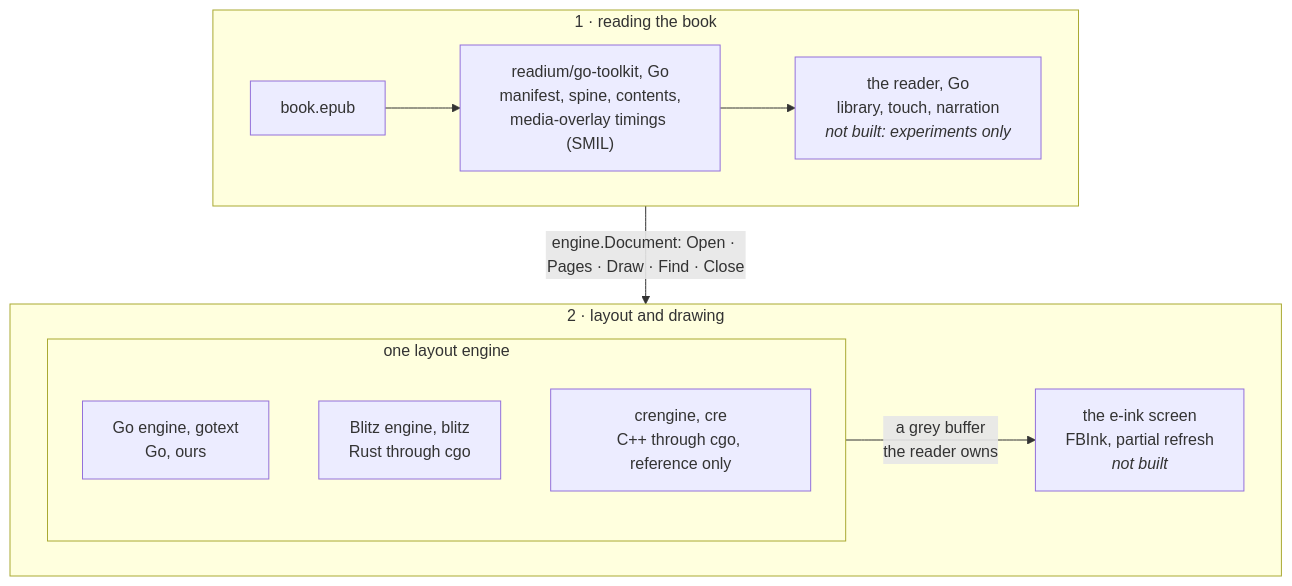
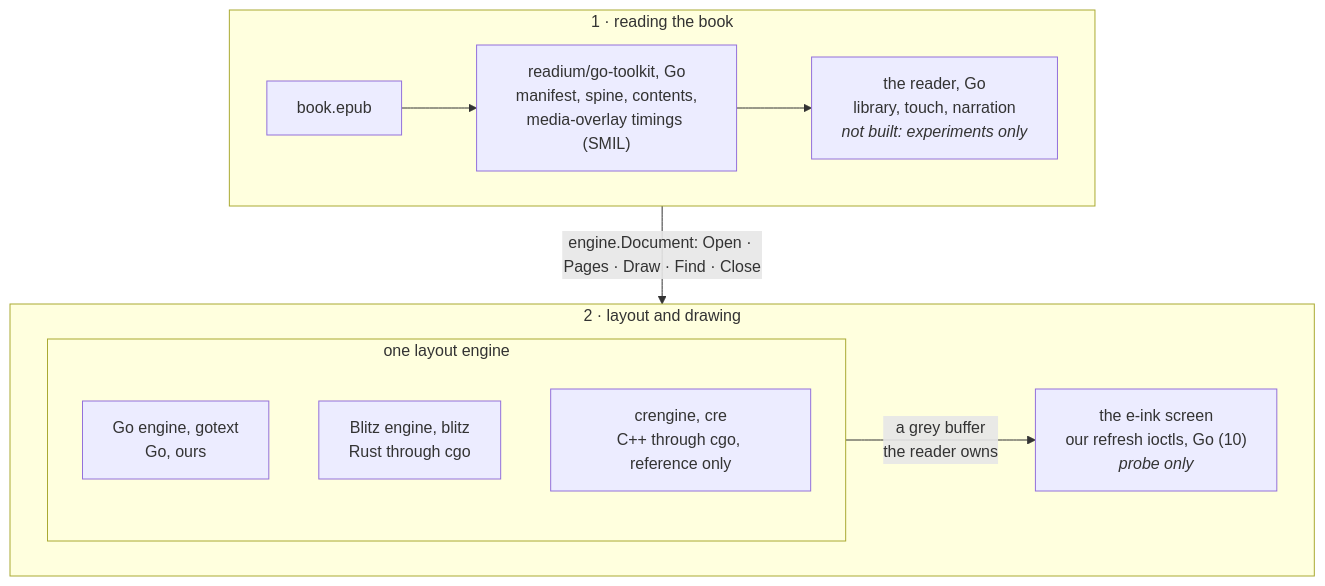
Before and after one commit to ardeshirj/shamsaink: the first of 8 diagrams in docs/design.md, drawn with Mermaid. The commit also changed other lines of this file and 2 other files, not shown here.

First line of the commit message:
Roadmap to a reader; the device side and dependencies in design.md

````diff
--- a/docs/design.md
+++ b/docs/design.md
@@ -10,19 +11,19 @@
 ```mermaid
 flowchart TB
   subgraph read ["1 · reading the book"]
     direction LR
     epub[book.epub] --> tk["readium/go-toolkit, Go<br/>manifest, spine, contents,<br/>media-overlay timings (SMIL)"]
     tk --> reader["the reader, Go<br/>library, touch, narration<br/><i>not built: experiments only</i>"]
   end
   subgraph lay ["2 · layout and drawing"]
     direction LR
     subgraph engines ["one layout engine"]
       direction TB
       gotext["Go engine, gotext<br/>Go, ours"]
       blitz["Blitz engine, blitz<br/>Rust through cgo"]
       cre["crengine, cre<br/>C++ through cgo, reference only"]
     end
-    engines -- "a grey buffer<br/>the reader owns" --> screen["the e-ink screen<br/>FBInk, partial refresh<br/><i>not built</i>"]
+    engines -- "a grey buffer<br/>the reader owns" --> screen["the e-ink screen<br/>our refresh ioctls, Go (10)<br/><i>probe only</i>"]
   end
   read -- "engine.Document: Open · Pages · Draw · Find · Close" --> lay
 ```
````
